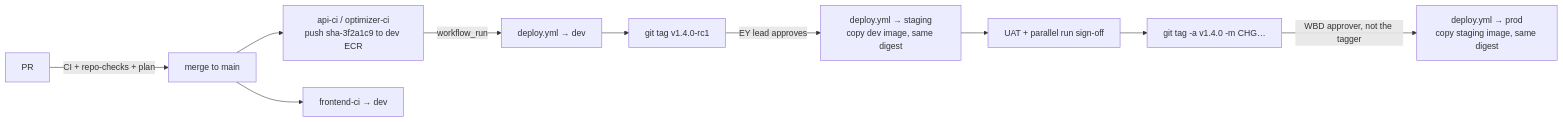
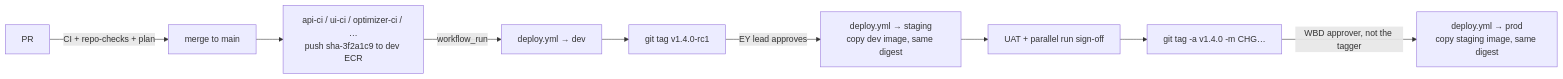
Before and after one commit to Yashwanth-wbd/wbd-aws-devops: the diagram in docs/09-cicd-pipelines.md, drawn with Mermaid. The commit also changed other lines of this file and 277 other files, not shown here.

First line of the commit message:
Implement v2 architecture (Hybrid Lakehouse + MLOps) from wbd_Presentation.pptx

````diff
--- a/docs/09-cicd-pipelines.md
+++ b/docs/09-cicd-pipelines.md
@@ -23,12 +24,11 @@
 ```mermaid
 flowchart LR
   pr[PR] -->|CI + repo-checks + plan| merge[merge to main]
-  merge --> ci[api-ci / optimizer-ci<br/>push sha-3f2a1c9 to dev ECR]
+  merge --> ci[api-ci / ui-ci / optimizer-ci / …<br/>push sha-3f2a1c9 to dev ECR]
   ci -->|workflow_run| dev[deploy.yml → dev]
-  merge --> fe[frontend-ci → dev]
   dev --> rc[git tag v1.4.0-rc1]
   rc -->|EY lead approves| stg[deploy.yml → staging<br/>copy dev image, same digest]
   stg --> uat[UAT + parallel run sign-off]
   uat --> rel[git tag -a v1.4.0 -m CHG…]
   rel -->|WBD approver, not the tagger| prd[deploy.yml → prod<br/>copy staging image, same digest]
 ```
````
